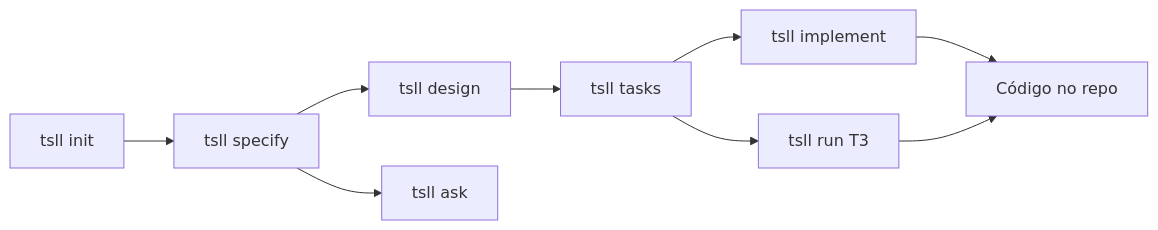
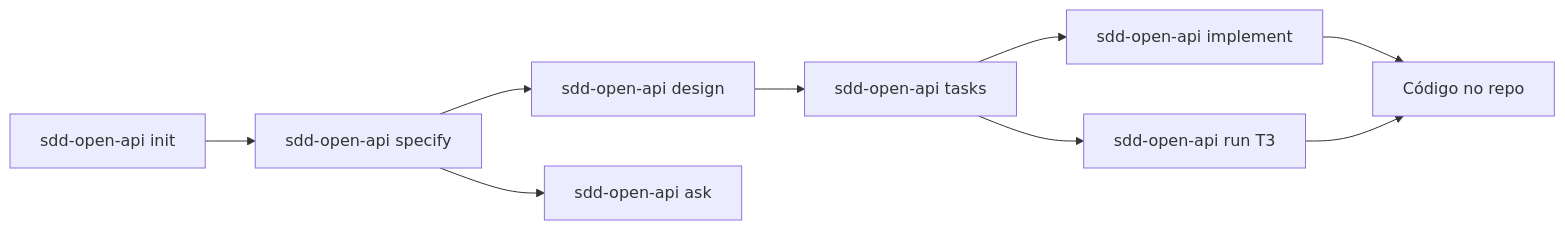
One commit to pedrobelmino/tui-sdd-open-api changed the diagram in README.md. Above: the diagram before and after it, drawn with Mermaid. The commit also changed other lines of this file and 39 other files, not shown here.

First line of the commit message:
rename utility from tsll to sdd-open-api

````diff
--- a/README.md
+++ b/README.md
@@ -40,11 +59,11 @@
 ```mermaid
 flowchart LR
-    A[tsll init] --> B[tsll specify]
-    B --> C[tsll design]
-    C --> D[tsll tasks]
-    D --> E[tsll implement]
-    D --> F[tsll run T3]
-    B --> G[tsll ask]
+    A[sdd-open-api init] --> B[sdd-open-api specify]
+    B --> C[sdd-open-api design]
+    C --> D[sdd-open-api tasks]
+    D --> E[sdd-open-api implement]
+    D --> F[sdd-open-api run T3]
+    B --> G[sdd-open-api ask]
     E --> H[Código no repo]
     F --> H
 ```
````
